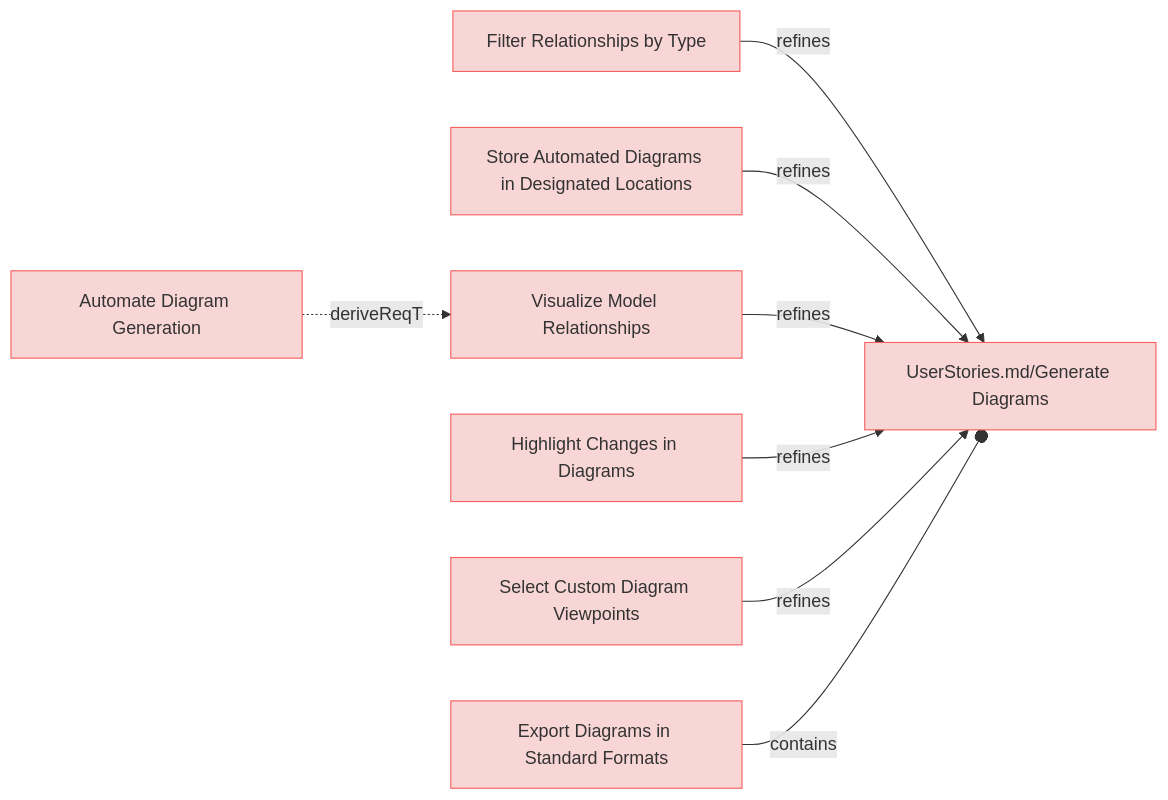
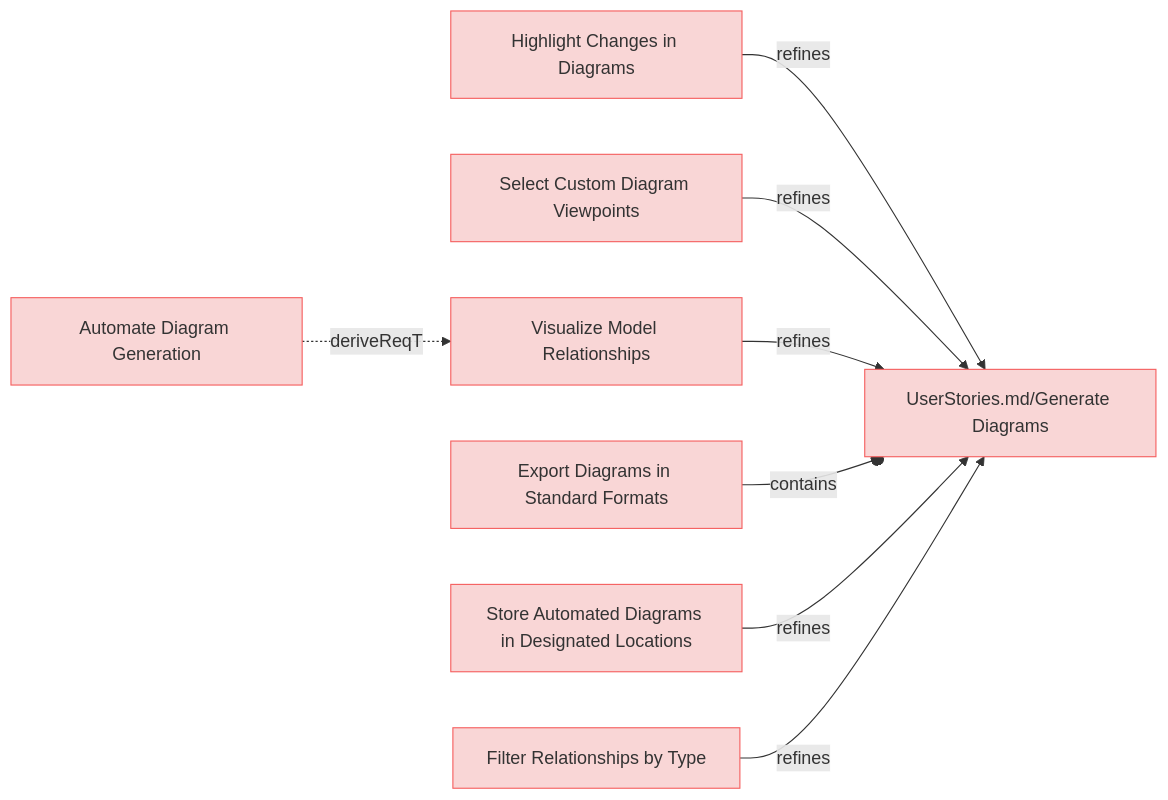
Before and after one commit to reqvire-org/reqvire: the first of 9 diagrams in specifications/UserRequirements.md, drawn with Mermaid. The commit also changed other lines of this file and 14 other files, not shown here.

Commit message:
Diagram fixes

````diff
--- a/specifications/UserRequirements.md
+++ b/specifications/UserRequirements.md
@@ -4,40 +4,40 @@
 ```mermaid
 graph LR;
   %% Graph styling
   classDef requirement fill:#f9d6d6,stroke:#f55f5f,stroke-width:1px;
   classDef verification fill:#d6f9d6,stroke:#5fd75f,stroke-width:1px;
   classDef externalLink fill:#d0e0ff,stroke:#3080ff,stroke-width:1px;
   classDef default fill:#f5f5f5,stroke:#333333,stroke-width:1px;
 
-  30d97803eba68a13["Filter Relationships by Type"];
-  click 30d97803eba68a13 "UserRequirements.md#filter-relationships-by-type";
-  class 30d97803eba68a13 requirement;
+  fd7388e379372d7b["Highlight Changes in Diagrams"];
+  click fd7388e379372d7b "UserRequirements.md#highlight-changes-in-diagrams";
+  class fd7388e379372d7b requirement;
   cf0026c2feeb1e0f["UserStories.md/Generate Diagrams"];
   class cf0026c2feeb1e0f requirement;
   click cf0026c2feeb1e0f "UserStories.md#generate-diagrams";
-  30d97803eba68a13 -->|refines| cf0026c2feeb1e0f;
-  aee397f35b867556["Store Automated Diagrams in Designated Locations"];
-  click aee397f35b867556 "UserRequirements.md#store-automated-diagrams-in-designated-locations";
-  class aee397f35b867556 requirement;
-  aee397f35b867556 -->|refines| cf0026c2feeb1e0f;
-  a6a836283607bf45["Visualize Model Relationships"];
-  click a6a836283607bf45 "UserRequirements.md#visualize-model-relationships";
-  class a6a836283607bf45 requirement;
-  a6a836283607bf45 -->|refines| cf0026c2feeb1e0f;
-  81f9235dedaea6a9["Automate Diagram Generation"];
-  click 81f9235dedaea6a9 "UserRequirements.md#automate-diagram-generation";
-  class 81f9235dedaea6a9 requirement;
-  81f9235dedaea6a9 -.->|deriveReqT| a6a836283607bf45;
-  fd7388e379372d7b["Highlight Changes in Diagrams"];
-  click fd7388e379372d7b "UserRequirements.md#highlight-changes-in-diagrams";
-  class fd7388e379372d7b requirement;
   fd7388e379372d7b -->|refines| cf0026c2feeb1e0f;
   30053341d874971a["Select Custom Diagram Viewpoints"];
   click 30053341d874971a "UserRequirements.md#select-custom-diagram-viewpoints";
   class 30053341d874971a requirement;
   30053341d874971a -->|refines| cf0026c2feeb1e0f;
+  a6a836283607bf45["Visualize Model Relationships"];
+  click a6a836283607bf45 "UserRequirements.md#visualize-model-relationships";
+  class a6a836283607bf45 requirement;
+  a6a836283607bf45 -->|refines| cf0026c2feeb1e0f;
   10c00a1bd12fefa5["Export Diagrams in Standard Formats"];
   click 10c00a1bd12fefa5 "UserRequirements.md#export-diagrams-in-standard-formats";
   class 10c00a1bd12fefa5 requirement;
   10c00a1bd12fefa5 --o|contains| cf0026c2feeb1e0f;
+  aee397f35b867556["Store Automated Diagrams in Designated Locations"];
+  click aee397f35b867556 "UserRequirements.md#store-automated-diagrams-in-designated-locations";
+  class aee397f35b867556 requirement;
+  aee397f35b867556 -->|refines| cf0026c2feeb1e0f;
+  30d97803eba68a13["Filter Relationships by Type"];
+  click 30d97803eba68a13 "UserRequirements.md#filter-relationships-by-type";
+  class 30d97803eba68a13 requirement;
+  30d97803eba68a13 -->|refines| cf0026c2feeb1e0f;
+  81f9235dedaea6a9["Automate Diagram Generation"];
+  click 81f9235dedaea6a9 "UserRequirements.md#automate-diagram-generation";
+  class 81f9235dedaea6a9 requirement;
+  81f9235dedaea6a9 -.->|deriveReqT| a6a836283607bf45;
 ```
````
